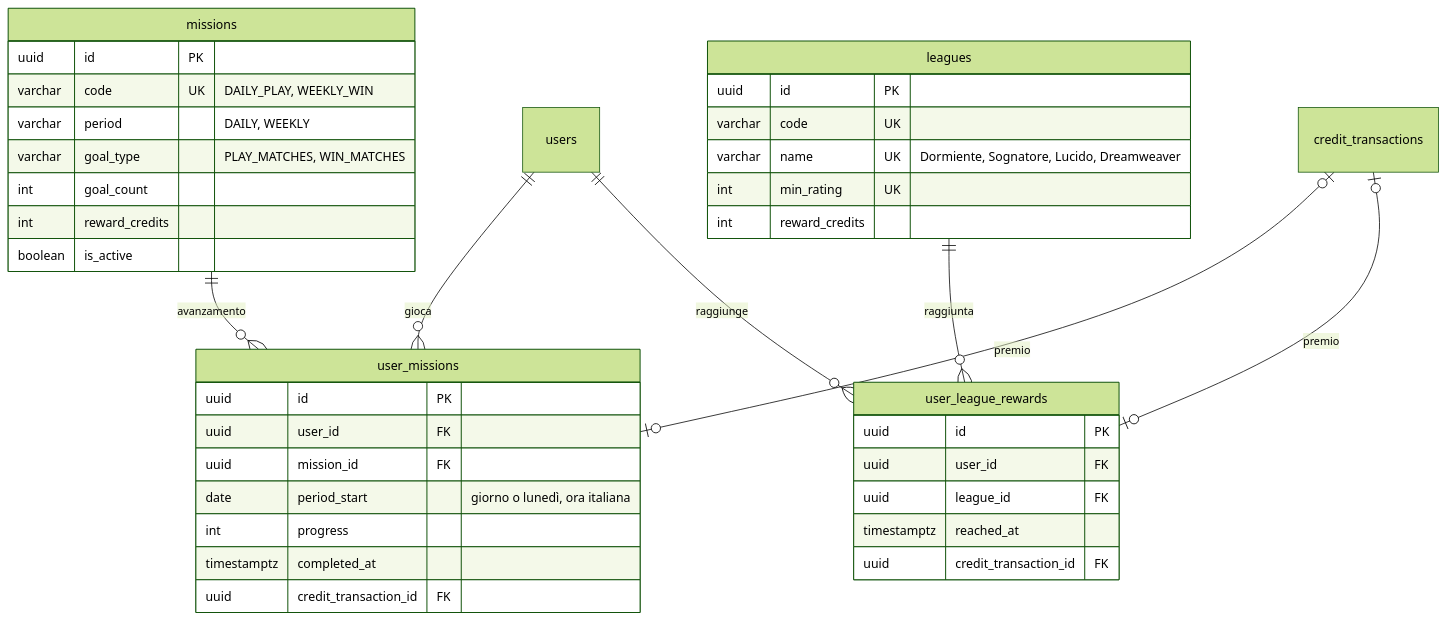
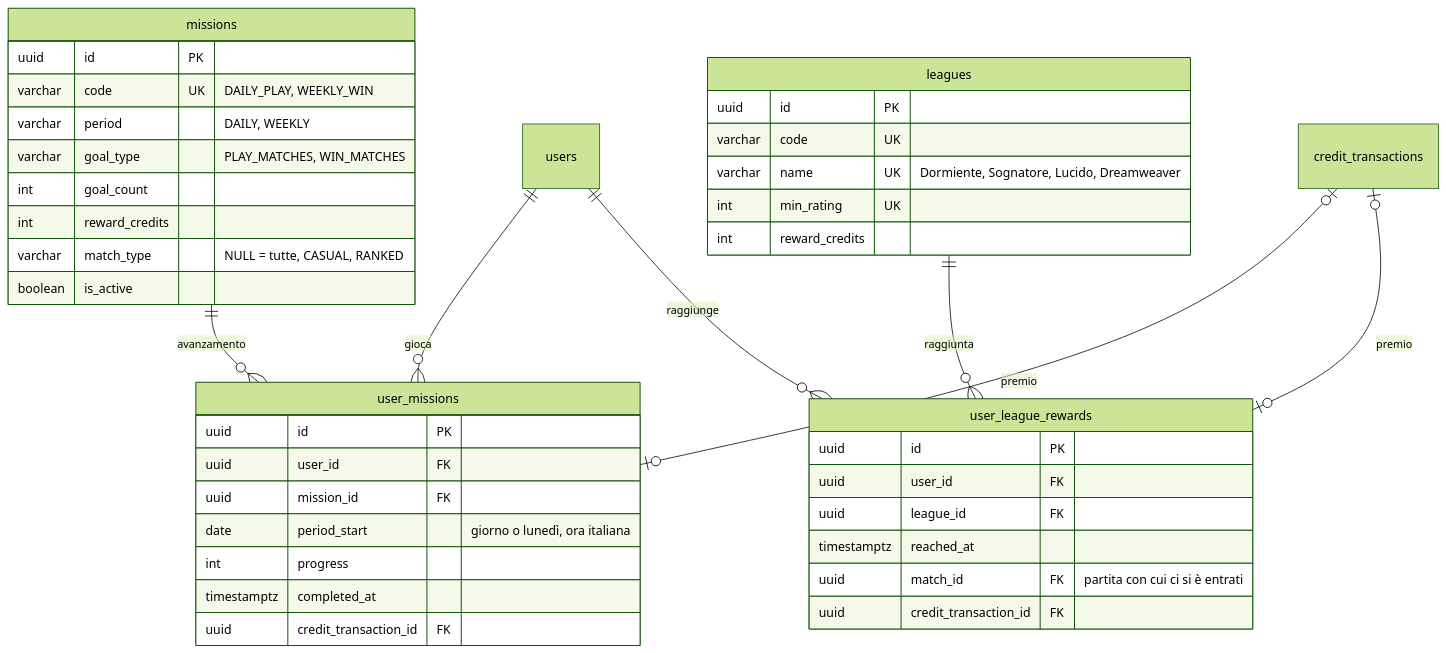
One commit to cristianpappalardoITS/gruppo-05-dreamscape changed the fifth of 5 diagrams in docs/database/schema.md. Above: the diagram before and after it, drawn with Mermaid (forest theme). The commit also changed other lines of this file and 1 other file, not shown here.

Commit message:
docs(database): corregge lo schema prima delle migration (#69)

````diff
--- a/docs/database/schema.md
+++ b/docs/database/schema.md
@@ -383,42 +383,44 @@
 ```mermaid
 erDiagram
     missions ||--o{ user_missions : "avanzamento"
     users ||--o{ user_missions : "gioca"
     credit_transactions |o--o| user_missions : "premio"
     leagues ||--o{ user_league_rewards : "raggiunta"
     users ||--o{ user_league_rewards : "raggiunge"
     credit_transactions |o--o| user_league_rewards : "premio"
 
     missions {
         uuid id PK
         varchar code UK "DAILY_PLAY, WEEKLY_WIN"
         varchar period "DAILY, WEEKLY"
         varchar goal_type "PLAY_MATCHES, WIN_MATCHES"
         int goal_count
         int reward_credits
+        varchar match_type "NULL = tutte, CASUAL, RANKED"
         boolean is_active
     }
     user_missions {
         uuid id PK
         uuid user_id FK
         uuid mission_id FK
         date period_start "giorno o lunedì, ora italiana"
         int progress
         timestamptz completed_at
         uuid credit_transaction_id FK
     }
     leagues {
         uuid id PK
         varchar code UK
         varchar name UK "Dormiente, Sognatore, Lucido, Dreamweaver"
         int min_rating UK
         int reward_credits
     }
     user_league_rewards {
         uuid id PK
         uuid user_id FK
         uuid league_id FK
         timestamptz reached_at
+        uuid match_id FK "partita con cui ci si è entrati"
         uuid credit_transaction_id FK
     }
 ```
````
